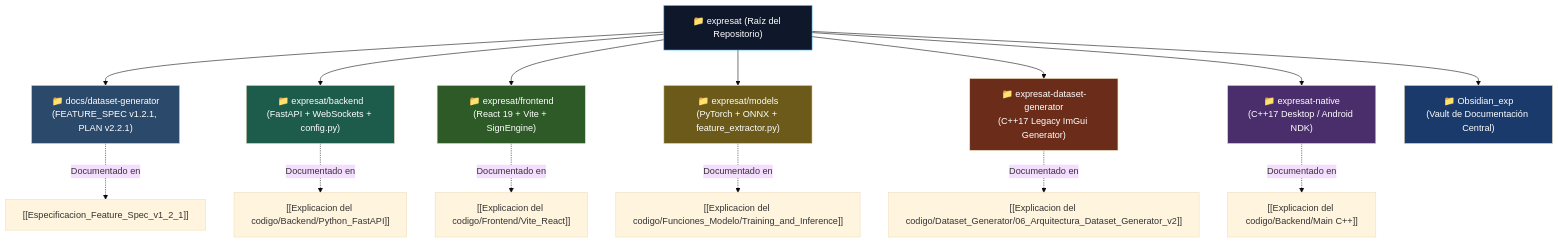
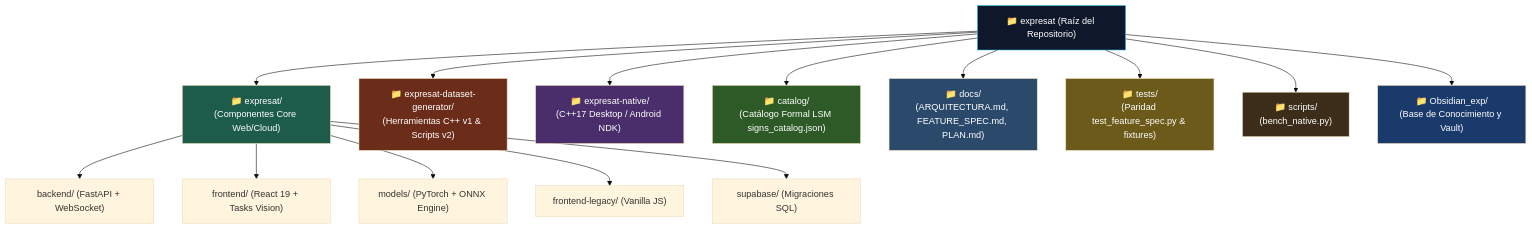
Before and after one commit to Salf423/expresat: the diagram in Obsidian_exp/Estructura del proyecto.md, drawn with Mermaid (base theme). The commit also changed other lines of this file and 152 other files, not shown here.

````diff
--- a/Obsidian_exp/Estructura del proyecto.md
+++ b/Obsidian_exp/Estructura del proyecto.md
@@ -34,28 +34,29 @@
 ```mermaid
 graph TD
     Root["📁 expresat (Raíz del Repositorio)"]
 
-    Root --> DocsCore["📁 docs/dataset-generator\n(FEATURE_SPEC v1.2.1, PLAN v2.2.1)"]
-    Root --> BE["📁 expresat/backend\n(FastAPI + WebSockets + config.py)"]
-    Root --> FE["📁 expresat/frontend\n(React 19 + Vite + SignEngine)"]
-    Root --> ML["📁 expresat/models\n(PyTorch + ONNX + feature_extractor.py)"]
-    Root --> DGen["📁 expresat-dataset-generator\n(C++17 Legacy ImGui Generator)"]
-    Root --> Nat["📁 expresat-native\n(C++17 Desktop / Android NDK)"]
-    Root --> Obs["📁 Obsidian_exp\n(Vault de Documentación Central)"]
+    Root --> Exp["📁 expresat/\n(Componentes Core Web/Cloud)"]
+    Root --> DGen["📁 expresat-dataset-generator/\n(Herramientas C++ v1 & Scripts v2)"]
+    Root --> Nat["📁 expresat-native/\n(C++17 Desktop / Android NDK)"]
+    Root --> Cat["📁 catalog/\n(Catálogo Formal LSM signs_catalog.json)"]
+    Root --> DocsCore["📁 docs/\n(ARQUITECTURA.md, FEATURE_SPEC.md, PLAN.md)"]
+    Root --> Tst["📁 tests/\n(Paridad test_feature_spec.py & fixtures)"]
+    Root --> Scr["📁 scripts/\n(bench_native.py)"]
+    Root --> Obs["📁 Obsidian_exp/\n(Base de Conocimiento y Vault)"]
 
-    DocsCore -.->|"Documentado en"| Doc_Spec["[[Especificacion_Feature_Spec_v1_2_1]]"]
-    BE -.->|"Documentado en"| Doc_BE["[[Explicacion del codigo/Backend/Python_FastAPI]]"]
-    FE -.->|"Documentado en"| Doc_FE["[[Explicacion del codigo/Frontend/Vite_React]]"]
-    ML -.->|"Documentado en"| Doc_ML["[[Explicacion del codigo/Funciones_Modelo/Training_and_Inference]]"]
-    DGen -.->|"Documentado en"| Doc_DGen["[[Explicacion del codigo/Dataset_Generator/06_Arquitectura_Dataset_Generator_v2]]"]
-    Nat -.->|"Documentado en"| Doc_Nat["[[Explicacion del codigo/Backend/Main C++]]"]
+    Exp --> BE["backend/ (FastAPI + WebSocket)"]
+    Exp --> FE["frontend/ (React 19 + Tasks Vision)"]
+    Exp --> ML["models/ (PyTorch + ONNX Engine)"]
+    Exp --> FEL["frontend-legacy/ (Vanilla JS)"]
+    Exp --> Sup["supabase/ (Migraciones SQL)"]
 
     style Root fill:#0f172a,color:#fff,stroke:#38bdf8
     style Obs fill:#1a3a6b,color:#fff
     style DocsCore fill:#2b4a6b,color:#fff
-    style BE fill:#1d5b4a,color:#fff
-    style FE fill:#2d5a27,color:#fff
-    style ML fill:#6b5a1a,color:#fff
+    style Exp fill:#1d5b4a,color:#fff
     style DGen fill:#6b2d1a,color:#fff
     style Nat fill:#4a2d6b,color:#fff
+    style Cat fill:#2d5a27,color:#fff
+    style Tst fill:#6b5a1a,color:#fff
+    style Scr fill:#3b2d1a,color:#fff
 ```
````
